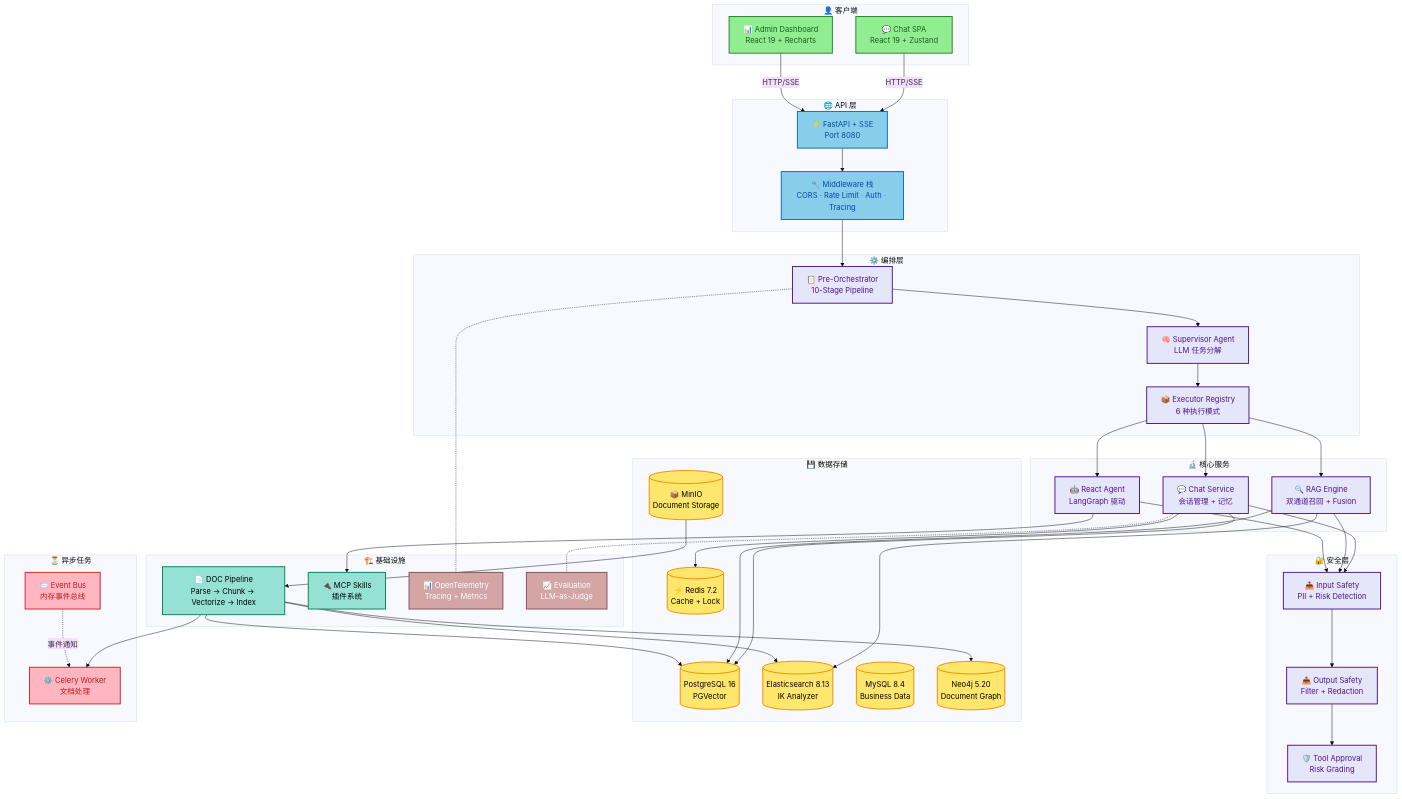
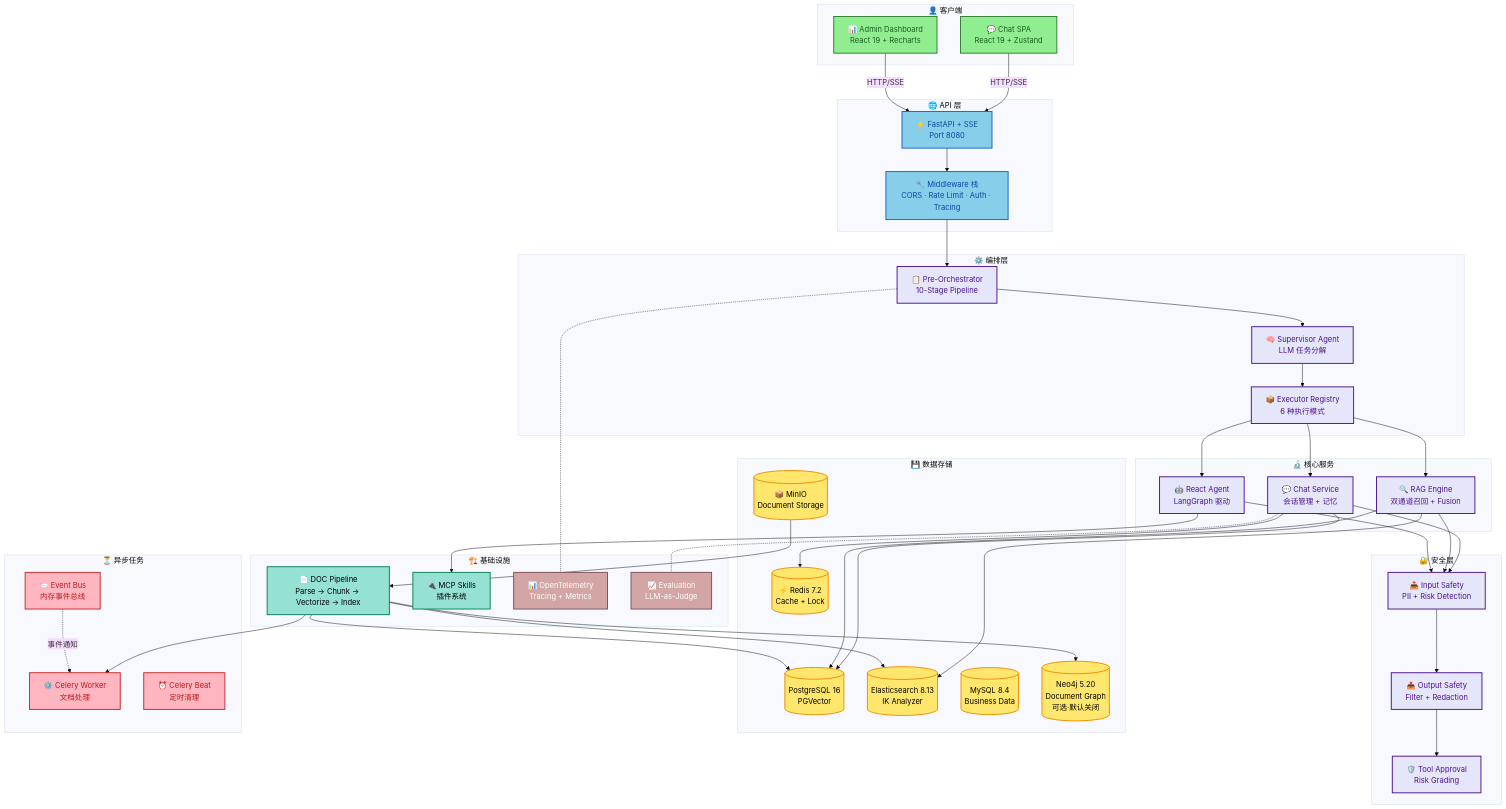
One commit to zhentaozhang/pipeline-rag changed the fourth of 4 diagrams in README.md. Above: the diagram before and after it, drawn with Mermaid (base theme). The commit also changed other lines of this file and 5 other files, not shown here.

```diff
--- a/README.md
+++ b/README.md
@@ -235,13 +235,14 @@
         PG[(PostgreSQL 16<br/>PGVector)]:::store
         ES[(Elasticsearch 8.13<br/>IK Analyzer)]:::store
         MYSQL[(MySQL 8.4<br/>Business Data)]:::store
-        NEO4J[(Neo4j 5.20<br/>Document Graph)]:::store
+        NEO4J[(Neo4j 5.20<br/>Document Graph<br/>可选·默认关闭)]:::store
         MINIO[(📦 MinIO<br/>Document Storage)]:::store
         RD[(⚡ Redis 7.2<br/>Cache + Lock)]:::store
     end
 
     subgraph Async[⏳ 异步任务]
         CL[⚙️ Celery Worker<br/>文档处理]:::async
+        BEAT[⏰ Celery Beat<br/>定时清理]:::async
         EB[📨 Event Bus<br/>内存事件总线]:::async
     end
 
```
